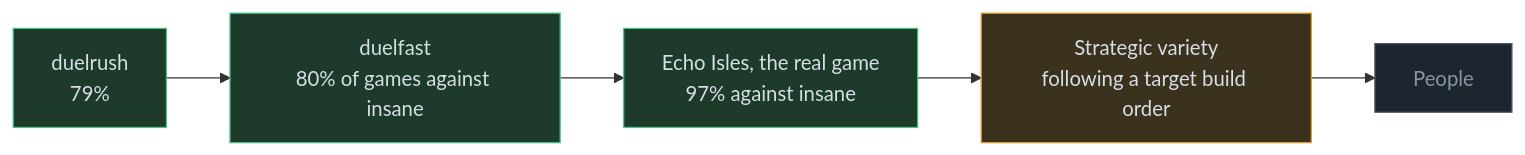
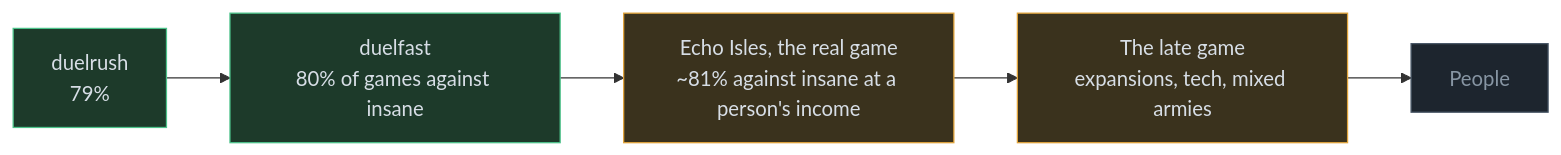
The diagram in docs/road-to-the-real-game.md (RobinKa/warcraftsim), drawn with Mermaid before and after one commit. The commit also changed other lines of this file and 7 other files, not shown here.

````diff
--- a/docs/road-to-the-real-game.md
+++ b/docs/road-to-the-real-game.md
@@ -5,10 +5,10 @@
 ```mermaid
 flowchart LR
   A["duelrush<br/>79%"]:::done --> B["duelfast<br/>80% of games against insane"]:::done
-  B --> D["Echo Isles, the real game<br/>97% against insane"]:::done
-  D --> V["Strategic variety<br/>following a target build order"]:::now
-  V --> P["People"]:::todo
+  B --> D["Echo Isles, the real game<br/>~81% against insane at a person's income"]:::now
+  D --> G["The late game<br/>expansions, tech, mixed armies"]:::now
+  G --> P["People"]:::todo
   classDef done fill:#1d3a2a,stroke:#4cc38a,color:#d7dee6
   classDef now fill:#3a321d,stroke:#e0a33a,color:#d7dee6
   classDef todo fill:#1d252e,stroke:#4a5868,color:#8795a3
 ```
````
